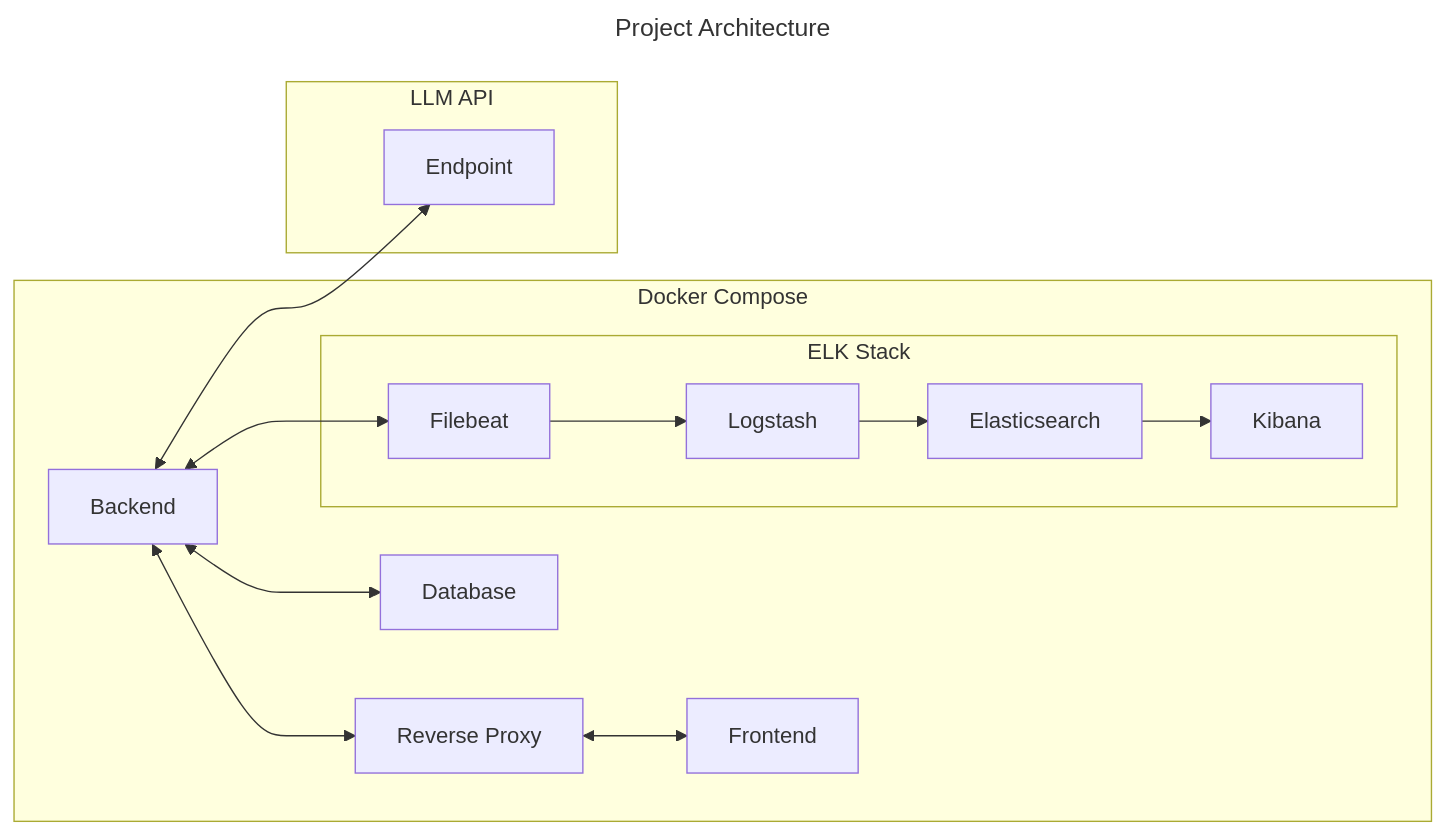
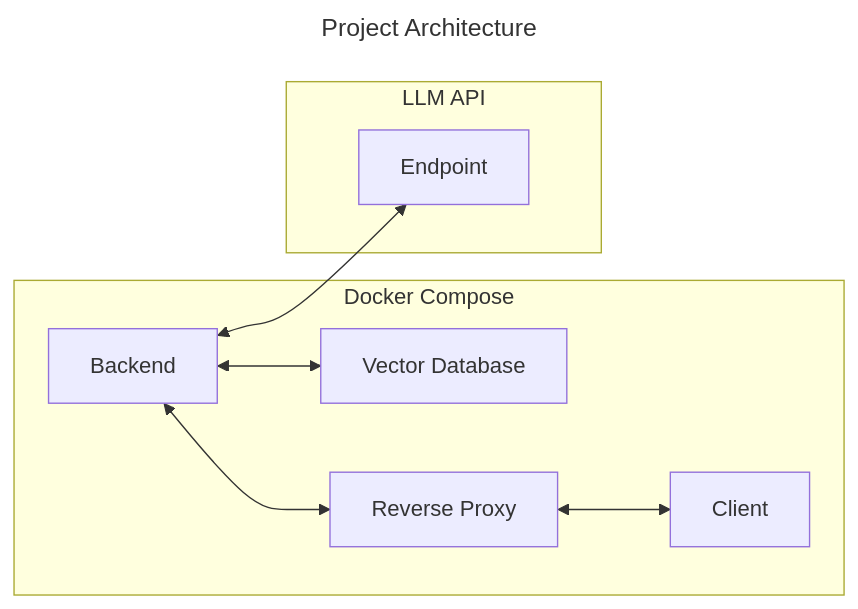
The diagram in ARCHITECTURE.md (dubmix/RAG-chatbot), drawn with Mermaid before and after one commit.

````diff
--- a/ARCHITECTURE.md
+++ b/ARCHITECTURE.md
@@ -3,33 +3,23 @@
 ```mermaid
 ---
 title: Project Architecture
 theme: base
 ---
 
 flowchart LR
     subgraph docker[Docker Compose]
         backend[Backend]
-        frontend[Frontend]
-        database[Database]
+        frontend[Client]
+        database[Vector Database]
         nginx[Reverse Proxy]
-        subgraph elk[ELK Stack]
-            elastic[Elasticsearch]
-            kibana[Kibana]
-            logstash[Logstash]
-            filebeat[Filebeat]
-        end
     end
 
     subgraph llmapi[LLM API]
         llmendpoint[Endpoint]
     end
 
-        backend <--> filebeat
         backend <--> nginx
         backend <--> llmendpoint
         backend <--> database
         nginx <--> frontend
-        filebeat --> logstash
-        logstash --> elastic
-        elastic --> kibana
 ```
````
